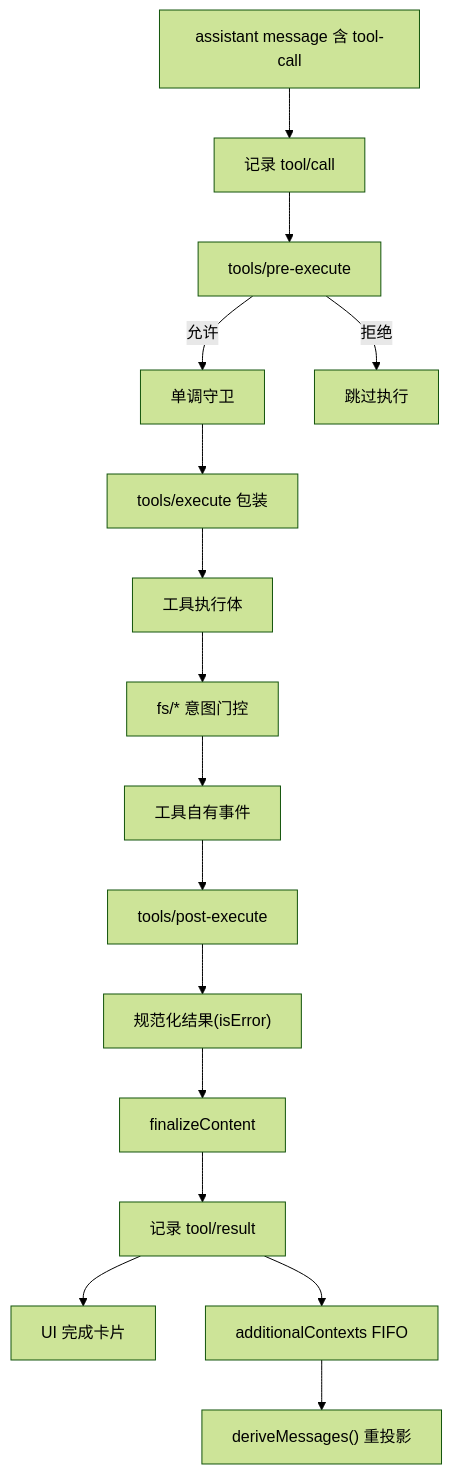
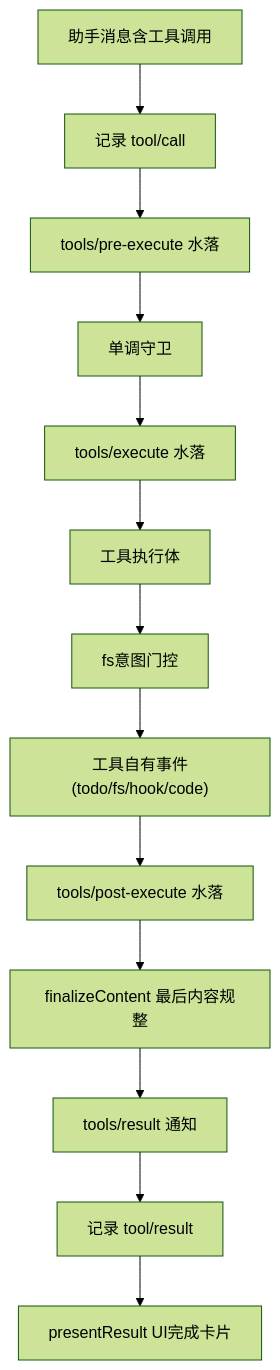
One commit to frendyxzc/deepseek-harness changed the fifth of 7 diagrams in .qoder/repowiki/zh/content/架构设计/数据流设计.md. Above: the diagram before and after it, drawn with Mermaid (forest theme). The commit also changed other lines of this file and 448 other files, not shown here.

````diff
--- a/.qoder/repowiki/zh/content/架构设计/数据流设计.md
+++ b/.qoder/repowiki/zh/content/架构设计/数据流设计.md
@@ -153,18 +171,15 @@
 ```mermaid
 flowchart TD
-MC["assistant message 含 tool-call"] --> TC["记录 tool/call"]
-TC --> PRE["tools/pre-execute"]
-PRE --> |允许| GUARD["单调守卫"]
-PRE --> |拒绝| DENY["跳过执行"]
-GUARD --> EXEC["tools/execute 包装"]
-EXEC --> BODY["工具执行体"]
-BODY --> FS["fs/* 意图门控"]
-FS --> OWN["工具自有事件"]
-OWN --> POST["tools/post-execute"]
-POST --> NORM["规范化结果(isError)"]
-NORM --> FINAL["finalizeContent"]
-FINAL --> RES["记录 tool/result"]
-RES --> UI["UI 完成卡片"]
-RES --> CTX["additionalContexts FIFO"]
-CTX --> REPROJ["deriveMessages() 重投影"]
+M["助手消息含工具调用"] --> TC["记录 tool/call"]
+TC --> PRE["tools/pre-execute 水落"]
+PRE --> G["单调守卫"]
+G --> EXE["tools/execute 水落"]
+EXE --> BODY["工具执行体"]
+BODY --> FS["fs意图门控"]
+FS --> OWN["工具自有事件(todo/fs/hook/code)"]
+OWN --> POST["tools/post-execute 水落"]
+POST --> FIN["finalizeContent 最后内容规整"]
+FIN --> RES["tools/result 通知"]
+RES --> SR["记录 tool/result"]
+SR --> PR["presentResult UI完成卡片"]
 ```
````
